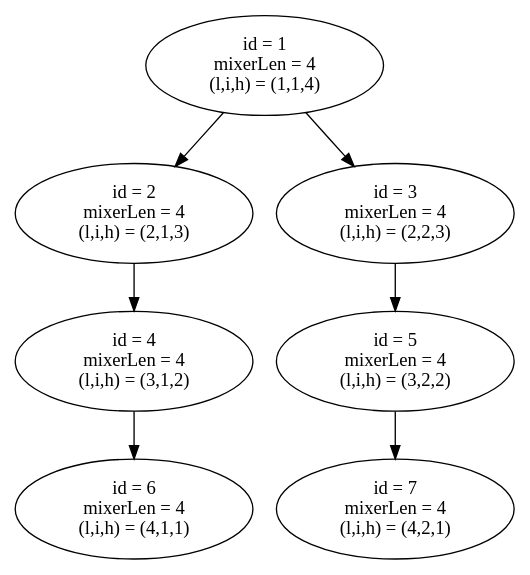
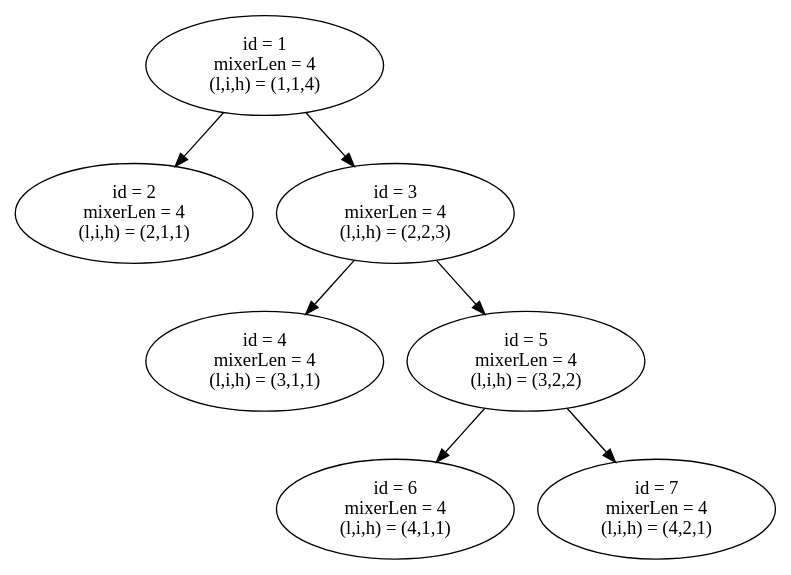
Before and after one commit to AbhikKhan/FloSPA_HDA_LAFCA: the diagram in skeletonTreeAfterAdding_lih.dot, drawn with Graphviz. The commit also changed 13 other files, not shown here.

```diff
--- a/skeletonTreeAfterAdding_lih.dot
+++ b/skeletonTreeAfterAdding_lih.dot
@@ -1,16 +1,16 @@
 digraph "DD" { 
 graph [ ordering = "out"];
 1 [label = "id = 1\n mixerLen = 4 \n (l,i,h) = (1,1,4)"] 
-2 [label = "id = 2\n mixerLen = 4 \n (l,i,h) = (2,1,3)"] 
+2 [label = "id = 2\n mixerLen = 4 \n (l,i,h) = (2,1,1)"] 
 3 [label = "id = 3\n mixerLen = 4 \n (l,i,h) = (2,2,3)"] 
-4 [label = "id = 4\n mixerLen = 4 \n (l,i,h) = (3,1,2)"] 
+4 [label = "id = 4\n mixerLen = 4 \n (l,i,h) = (3,1,1)"] 
 5 [label = "id = 5\n mixerLen = 4 \n (l,i,h) = (3,2,2)"] 
 6 [label = "id = 6\n mixerLen = 4 \n (l,i,h) = (4,1,1)"] 
 7 [label = "id = 7\n mixerLen = 4 \n (l,i,h) = (4,2,1)"] 
 1 -> 2;
 1 -> 3;
-2 -> 4;
+3 -> 4;
 3 -> 5;
-4 -> 6;
+5 -> 6;
 5 -> 7;
 }
```
